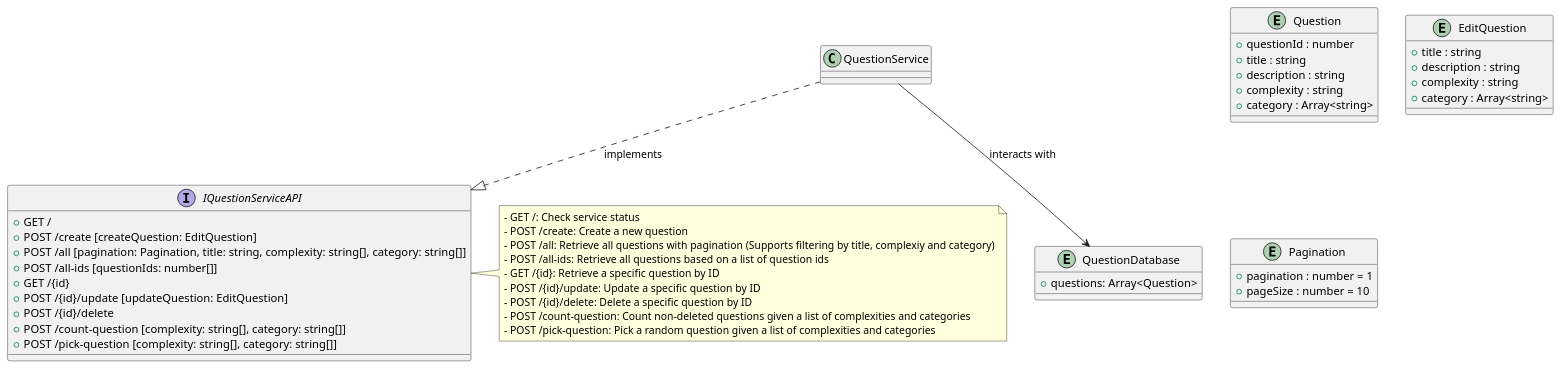
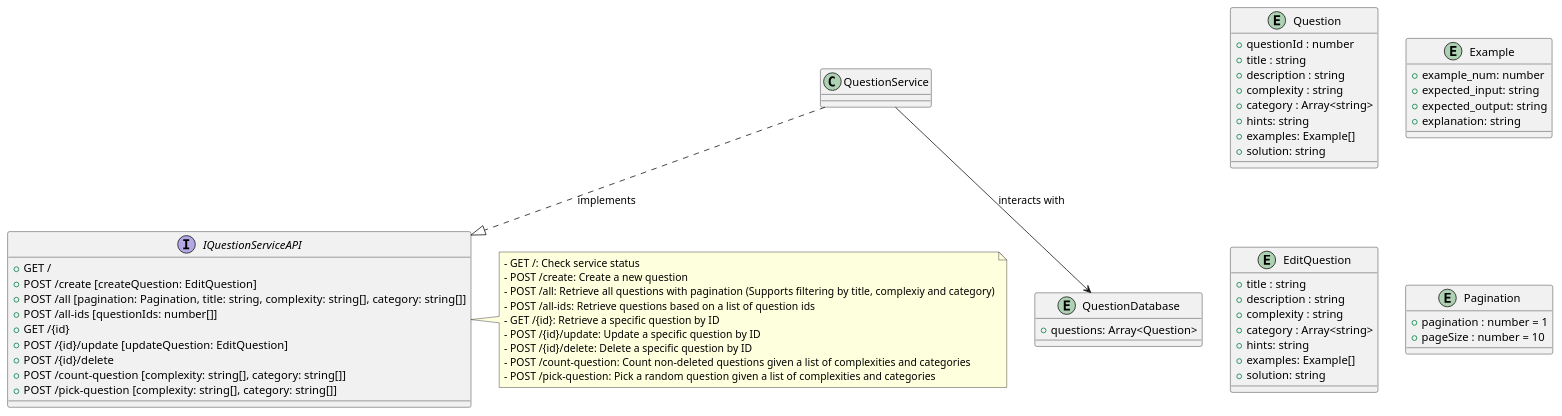
One commit to CS3219-AY2425S1/cs3219-ay2425s1-project-g15 changed the diagram in backend/question/docs/question.plantuml. Above: the diagram before and after it, drawn with PlantUML.

Commit message:
Update plantuml

```diff
--- a/backend/question/docs/question.plantuml
+++ b/backend/question/docs/question.plantuml
@@ -1,57 +1,70 @@
 @startuml Question Service
 
 entity Question {
   + questionId : number
   + title : string
   + description : string
   + complexity : string
   + category : Array<string>
+  + hints: string
+  + examples: Example[]
+  + solution: string
+}
+
+entity Example {
+  + example_num: number
+  + expected_input: string
+  + expected_output: string
+  + explanation: string
 }
 
 entity EditQuestion {
   + title : string
   + description : string
   + complexity : string
   + category : Array<string>
+  + hints: string
+  + examples: Example[]
+  + solution: string
 }
 
 entity Pagination {
   + pagination : number = 1
   + pageSize : number = 10
 }
 
 interface IQuestionServiceAPI {
   + GET /
   + POST /create [createQuestion: EditQuestion]
   + POST /all [pagination: Pagination, title: string, complexity: string[], category: string[]]
   + POST /all-ids [questionIds: number[]]
   + GET /{id}
   + POST /{id}/update [updateQuestion: EditQuestion]
   + POST /{id}/delete
   + POST /count-question [complexity: string[], category: string[]]
   + POST /pick-question [complexity: string[], category: string[]]
 }
 
 note right of IQuestionServiceAPI
   - GET /: Check service status
   - POST /create: Create a new question
   - POST /all: Retrieve all questions with pagination (Supports filtering by title, complexiy and category)
-  - POST /all-ids: Retrieve all questions based on a list of question ids
+  - POST /all-ids: Retrieve questions based on a list of question ids
   - GET /{id}: Retrieve a specific question by ID
   - POST /{id}/update: Update a specific question by ID
   - POST /{id}/delete: Delete a specific question by ID
   - POST /count-question: Count non-deleted questions given a list of complexities and categories
   - POST /pick-question: Pick a random question given a list of complexities and categories
 end note
 
 class QuestionService {
 }
 
 entity QuestionDatabase {
   + questions: Array<Question>
 }
 
 QuestionService ..|> IQuestionServiceAPI : implements
 QuestionService --> QuestionDatabase : interacts with
 
 @enduml
```
